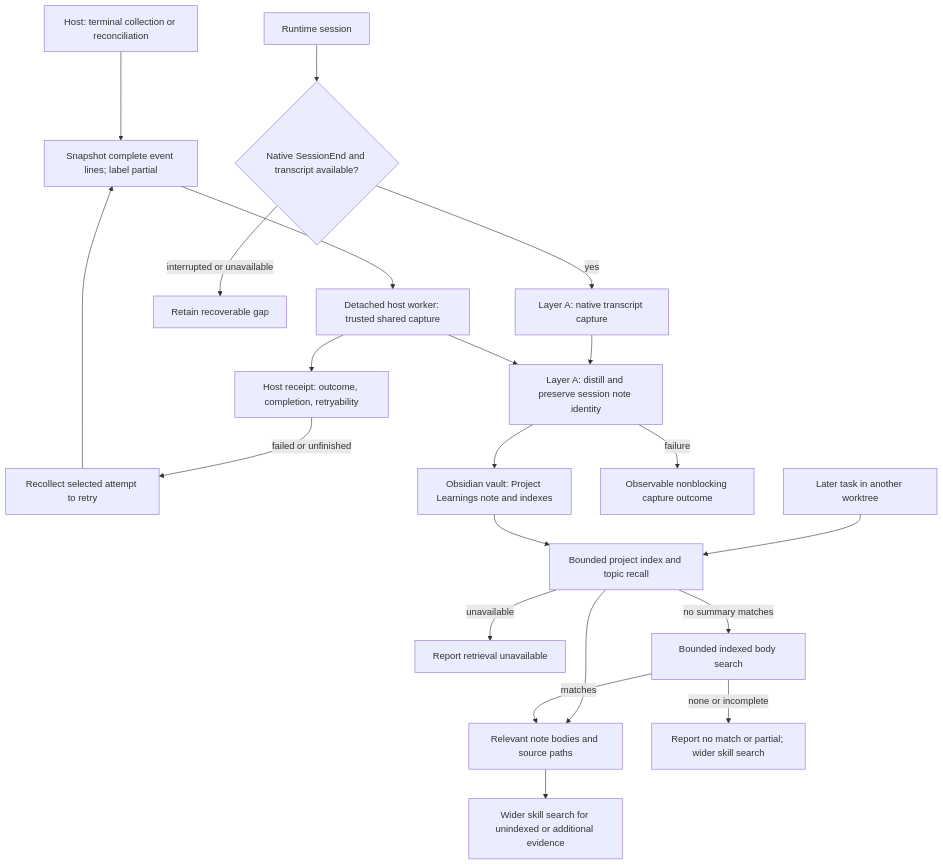
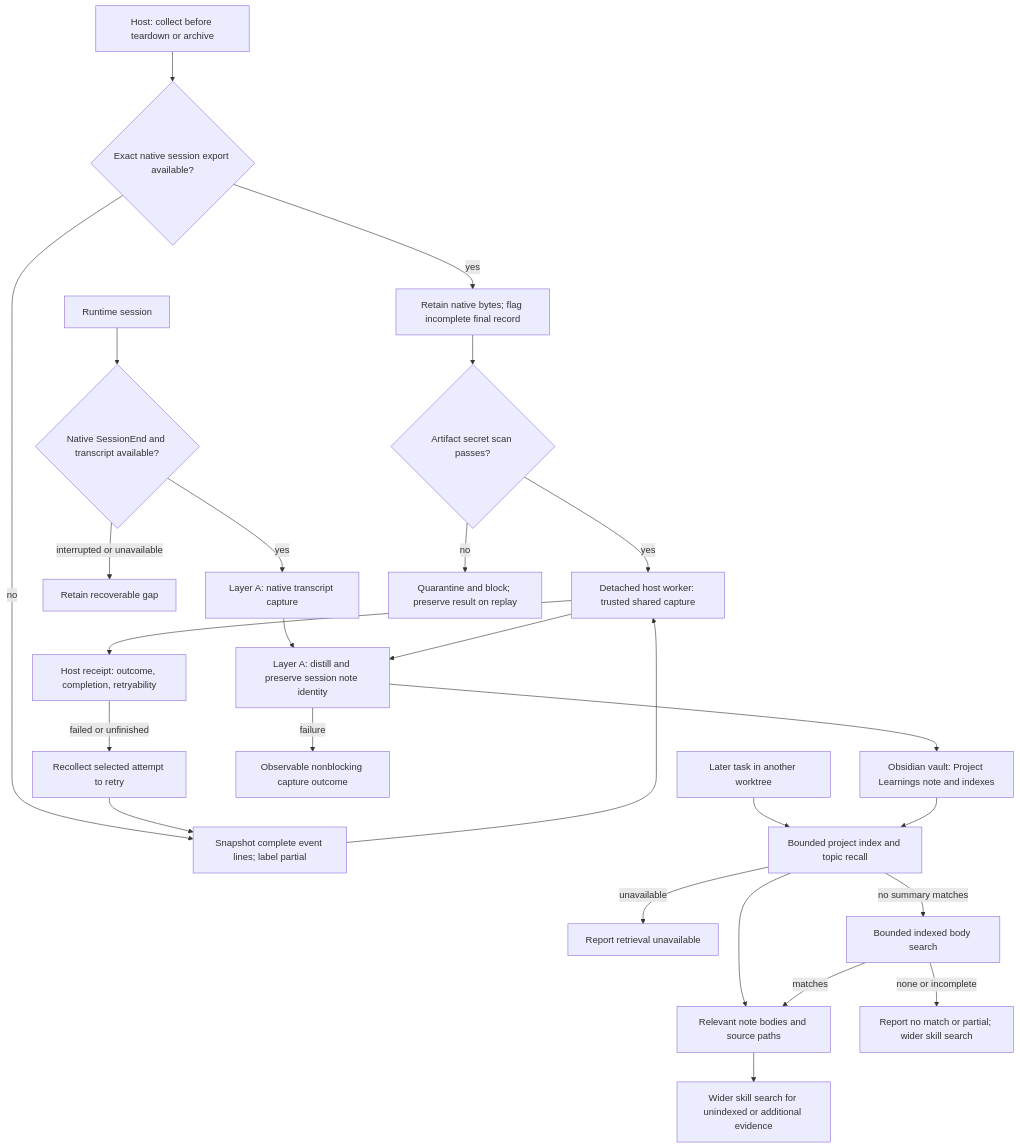
Before and after one commit to jchen1707/factory: the ninth of 9 diagrams in docs/workflows.md, drawn with Mermaid. The commit also changed other lines of this file and 6 other files, not shown here.

Commit message:
docs: record native learning acceptance and remaining Claude login check

````diff
--- a/docs/workflows.md
+++ b/docs/workflows.md
@@ -232,23 +233,28 @@
 ```mermaid
 flowchart TD
   S[Runtime session] --> T{Native SessionEnd and transcript available?}
   T -->|yes| N[Layer A: native transcript capture]
   T -->|interrupted or unavailable| U[Retain recoverable gap]
-  H[Host: terminal collection or reconciliation] --> P[Snapshot complete event lines; label partial]
-  P --> W[Detached host worker: trusted shared capture]
+  H[Host: collect before teardown or archive] --> J{Exact native session export available?}
+  J -->|yes| K[Retain native bytes; flag incomplete final record]
+  J -->|no| P[Snapshot complete event lines; label partial]
+  K --> Q{Artifact secret scan passes?}
+  Q -->|yes| W[Detached host worker: trusted shared capture]
+  Q -->|no| ZQ[Quarantine and block; preserve result on replay]
+  P --> W
   W --> R[Host receipt: outcome, completion, retryability]
   R -->|failed or unfinished| X[Recollect selected attempt to retry]
   X --> P
   N --> D[Layer A: distill and preserve session note identity]
   W --> D
   D --> V[Obsidian vault: Project Learnings note and indexes]
   D -->|failure| F[Observable nonblocking capture outcome]
   L[Later task in another worktree] --> I[Bounded project index and topic recall]
   V --> I
   I --> C[Relevant note bodies and source paths]
   I -->|unavailable| E[Report retrieval unavailable]
   I -->|no summary matches| B[Bounded indexed body search]
   B -->|matches| C
   B -->|none or incomplete| Z[Report no match or partial; wider skill search]
-  C --> Q[Wider skill search for unindexed or additional evidence]
+  C --> QS[Wider skill search for unindexed or additional evidence]
 ```
````
